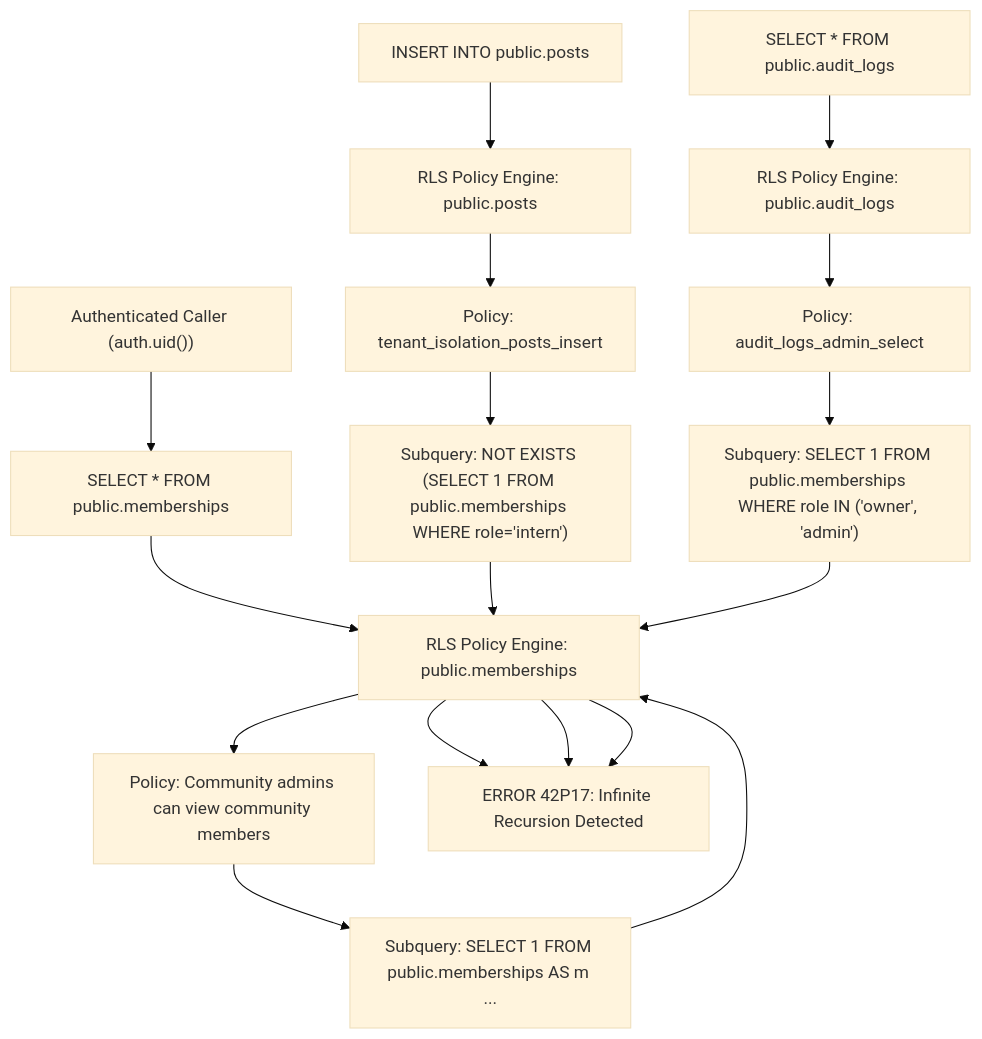
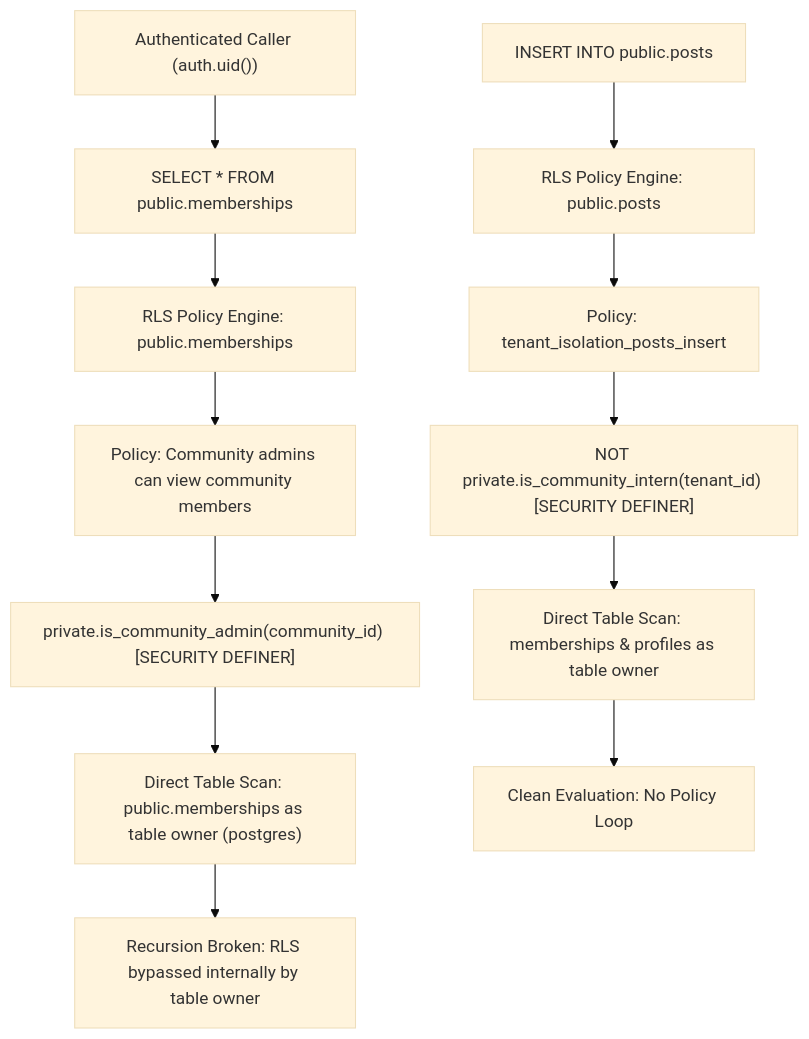
Before and after one commit to swastikdas18-ui/Syncly.app: the diagram in docs/security/VERIFICATION_CYCLE_5_2/MIGRATION_017_PRE_EXECUTION_REVIEW.md, drawn with Mermaid (base theme). The commit also changed other lines of this file and 2 other files, not shown here.

Commit message:
fix(security): move authorization helpers to private schema to prevent PostgREST RPC exposure

````diff
--- a/docs/security/VERIFICATION_CYCLE_5_2/MIGRATION_017_PRE_EXECUTION_REVIEW.md
+++ b/docs/security/VERIFICATION_CYCLE_5_2/MIGRATION_017_PRE_EXECUTION_REVIEW.md
@@ -41,21 +32,15 @@
 ```mermaid
 flowchart TD
   User["Authenticated Caller (auth.uid())"] --> QueryMemberships["SELECT * FROM public.memberships"]
   QueryMemberships --> RLS_M["RLS Policy Engine: public.memberships"]
   RLS_M --> PolicyAdmin["Policy: Community admins can view community members"]
-  PolicyAdmin --> Subquery["Subquery: SELECT 1 FROM public.memberships AS m ..."]
-  Subquery --> RLS_M
-  RLS_M --> Loop["ERROR 42P17: Infinite Recursion Detected"]
+  PolicyAdmin --> HelperAdmin["private.is_community_admin(community_id) [SECURITY DEFINER]"]
+  HelperAdmin --> DirectQuery["Direct Table Scan: public.memberships as table owner (postgres)"]
+  DirectQuery --> NoRecursion["Recursion Broken: RLS bypassed internally by table owner"]
 
   QueryPosts["INSERT INTO public.posts"] --> RLS_P["RLS Policy Engine: public.posts"]
   RLS_P --> PolicyPostIns["Policy: tenant_isolation_posts_insert"]
-  PolicyPostIns --> SubqueryM["Subquery: NOT EXISTS (SELECT 1 FROM public.memberships WHERE role='intern')"]
-  SubqueryM --> RLS_M
-  RLS_M --> Loop
-
-  QueryAudit["SELECT * FROM public.audit_logs"] --> RLS_A["RLS Policy Engine: public.audit_logs"]
-  RLS_A --> PolicyAudit["Policy: audit_logs_admin_select"]
-  PolicyAudit --> SubqueryA["Subquery: SELECT 1 FROM public.memberships WHERE role IN ('owner', 'admin')"]
-  SubqueryA --> RLS_M
-  RLS_M --> Loop
+  PolicyPostIns --> HelperIntern["NOT private.is_community_intern(tenant_id) [SECURITY DEFINER]"]
+  HelperIntern --> DirectQueryIntern["Direct Table Scan: memberships & profiles as table owner"]
+  DirectQueryIntern --> NoRecursion2["Clean Evaluation: No Policy Loop"]
 ```
````
